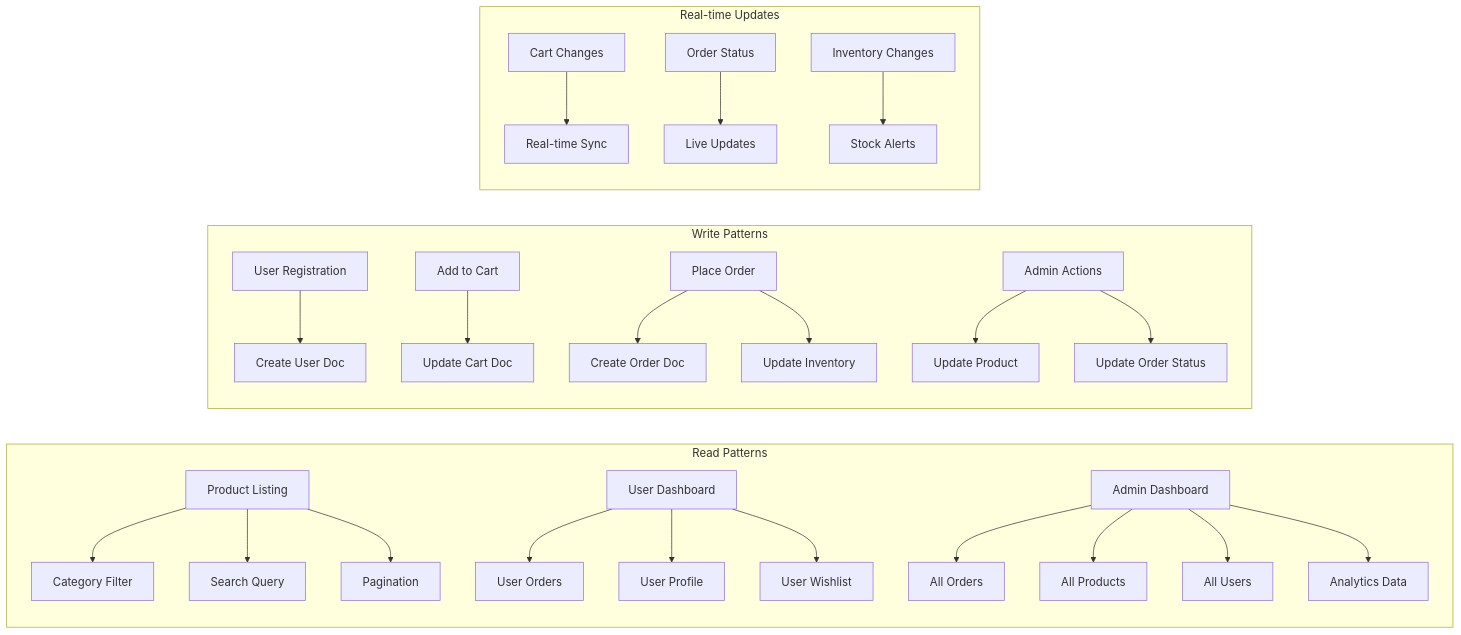
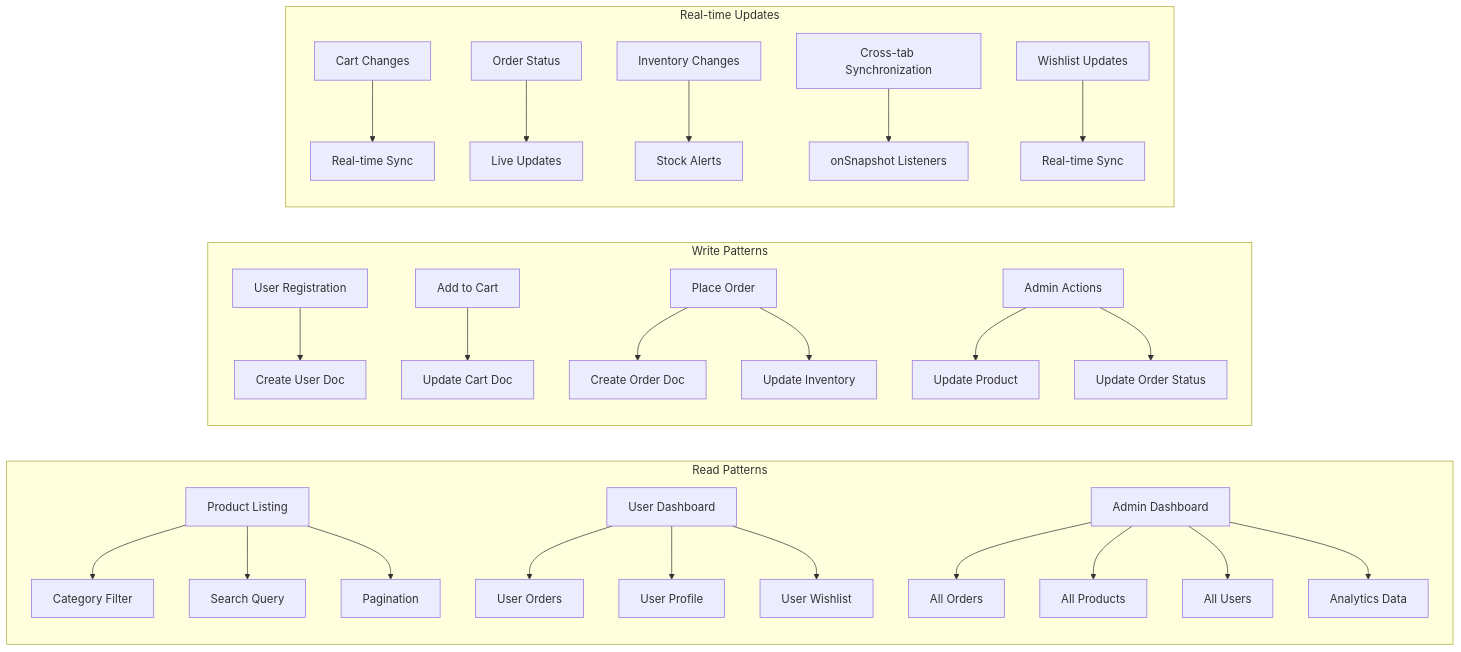
The fifth of 14 diagrams in SYSTEM_ARCHITECTURE.md (anathema43/diamo), drawn with Mermaid before and after one commit. The commit also changed 9 other files, not shown here.

Commit message:
Initiative 1: Implement Real-Time Data Synchronization

````diff
--- a/SYSTEM_ARCHITECTURE.md
+++ b/SYSTEM_ARCHITECTURE.md
@@ -344,32 +344,34 @@
 ```mermaid
 graph LR
     subgraph "Read Patterns"
         A[Product Listing] --> B[Category Filter]
         A --> C[Search Query]
         A --> D[Pagination]
         
         E[User Dashboard] --> F[User Orders]
         E --> G[User Profile]
         E --> H[User Wishlist]
         
         I[Admin Dashboard] --> J[All Orders]
         I --> K[All Products]
         I --> L[All Users]
         I --> M[Analytics Data]
     end
     
     subgraph "Write Patterns"
         N[User Registration] --> O[Create User Doc]
         P[Add to Cart] --> Q[Update Cart Doc]
         R[Place Order] --> S[Create Order Doc]
         R --> T[Update Inventory]
         U[Admin Actions] --> V[Update Product]
         U --> W[Update Order Status]
     end
     
     subgraph "Real-time Updates"
         X[Cart Changes] --> Y[Real-time Sync]
         Z[Order Status] --> AA[Live Updates]
         BB[Inventory Changes] --> CC[Stock Alerts]
+        DD[Cross-tab Synchronization] --> EE[onSnapshot Listeners]
+        FF[Wishlist Updates] --> GG[Real-time Sync]
     end
 ```
````
